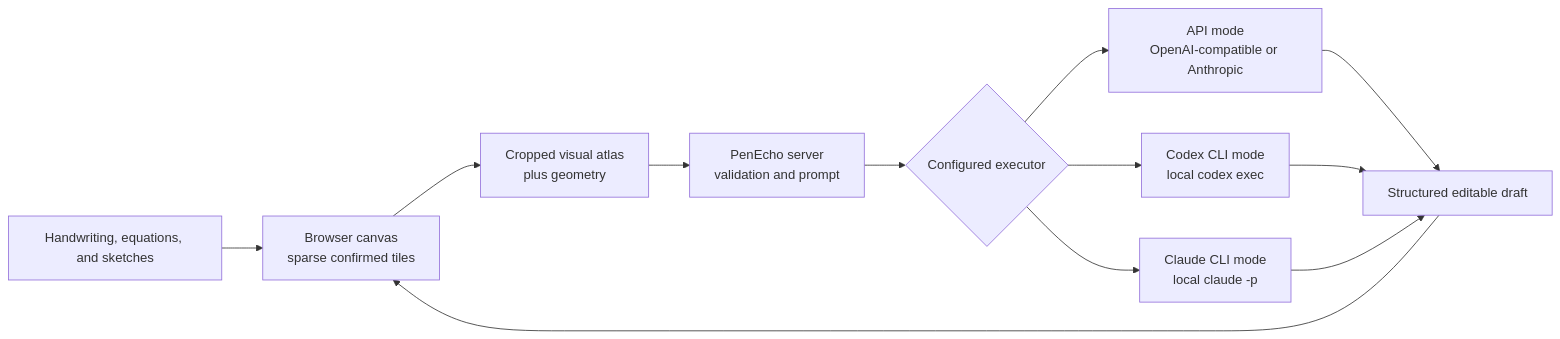
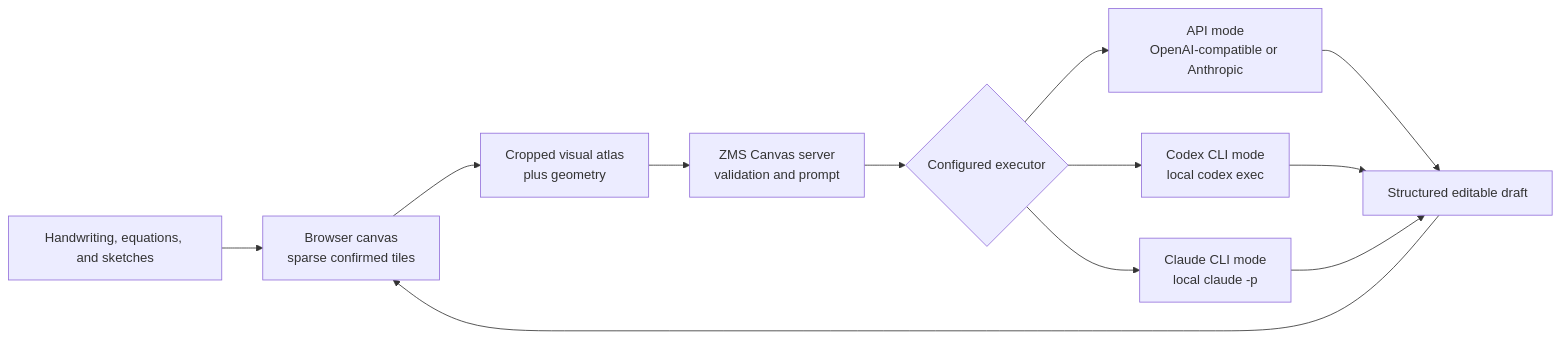
Before and after one commit to ZMS-Labs/zms-canvas: the diagram in README.md, drawn with Mermaid. The commit also changed other lines of this file and 27 other files, not shown here.

````diff
--- a/README.md
+++ b/README.md
@@ -45,14 +39,14 @@
 ```mermaid
 flowchart LR
   User["Handwriting, equations, and sketches"] --> Canvas["Browser canvas<br/>sparse confirmed tiles"]
   Canvas --> Atlas["Cropped visual atlas<br/>plus geometry"]
-  Atlas --> Server["PenEcho server<br/>validation and prompt"]
+  Atlas --> Server["ZMS Canvas server<br/>validation and prompt"]
   Server --> Executor{"Configured executor"}
   Executor --> API["API mode<br/>OpenAI-compatible or Anthropic"]
   Executor --> Codex["Codex CLI mode<br/>local codex exec"]
   Executor --> Claude["Claude CLI mode<br/>local claude -p"]
   API --> Draft["Structured editable draft"]
   Codex --> Draft
   Claude --> Draft
   Draft --> Canvas
 ```
````
